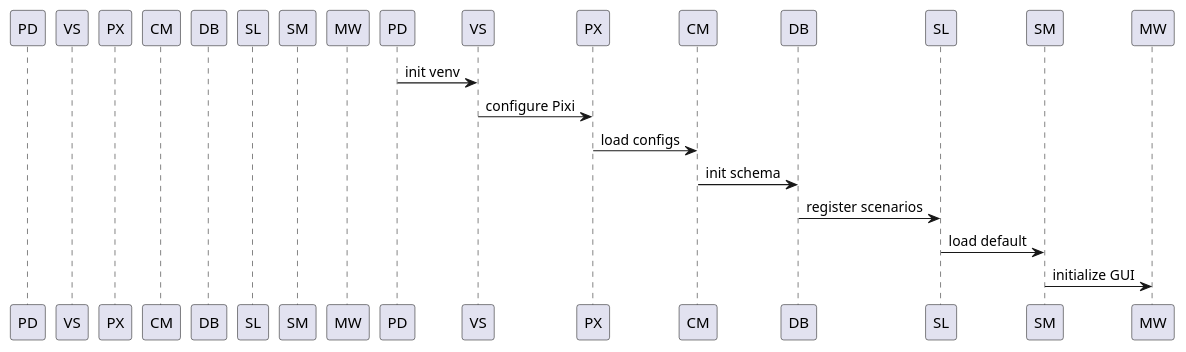
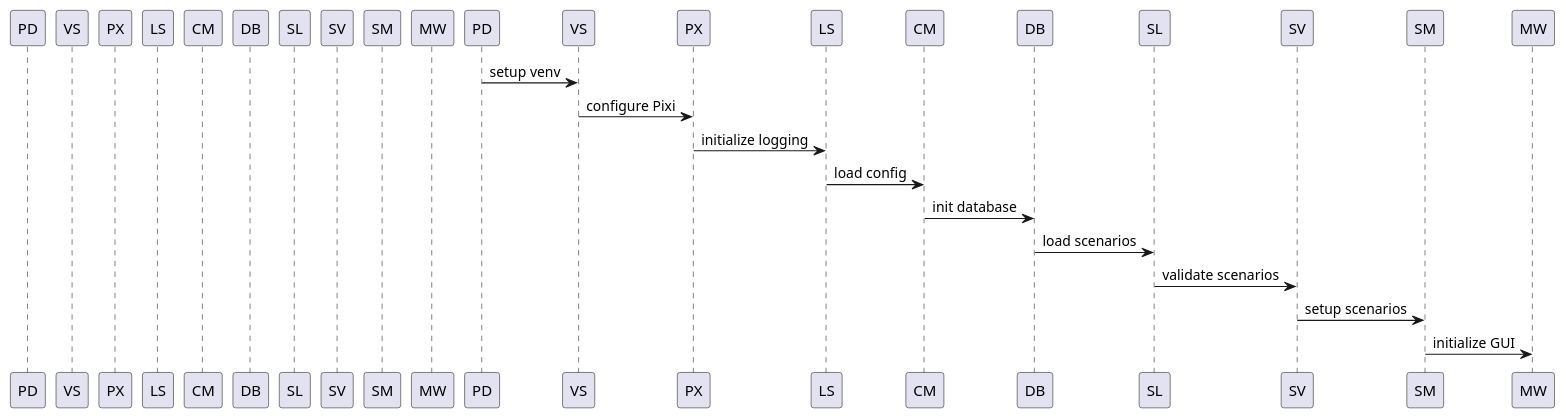
One commit to indietonne2/CANary_0.1 changed the diagram in docs/diagrams/architecture/c01-17 sequenz initialisation.puml. Above: the diagram before and after it, drawn with PlantUML.

Commit message:
Update c01-17 sequenz initialisation.puml

```diff
--- a/docs/diagrams/architecture/c01-17 sequenz initialisation.puml
+++ b/docs/diagrams/architecture/c01-17 sequenz initialisation.puml
@@ -1,18 +1,22 @@
-@startuml InitSequence
+@startuml C01-22_InitSequence
 participant PD as PlatformDetector
 participant VS as VenvSetup
 participant PX as PixiEnvironment
+participant LS as LoggingSystem
 participant CM as ConfigurationManager
 participant DB as SQLiteDB
 participant SL as ScenarioLoader
+participant SV as ScenarioValidator
 participant SM as ScenarioManager
 participant MW as MainWindow
 
-PD -> VS : init venv
+PD -> VS : setup venv
 VS -> PX : configure Pixi
-PX -> CM : load configs
-CM -> DB : init schema
-DB -> SL : register scenarios
-SL -> SM : load default
+PX -> LS : initialize logging
+LS -> CM : load config
+CM -> DB : init database
+DB -> SL : load scenarios
+SL -> SV : validate scenarios
+SV -> SM : setup scenarios
 SM -> MW : initialize GUI
 @enduml
```
